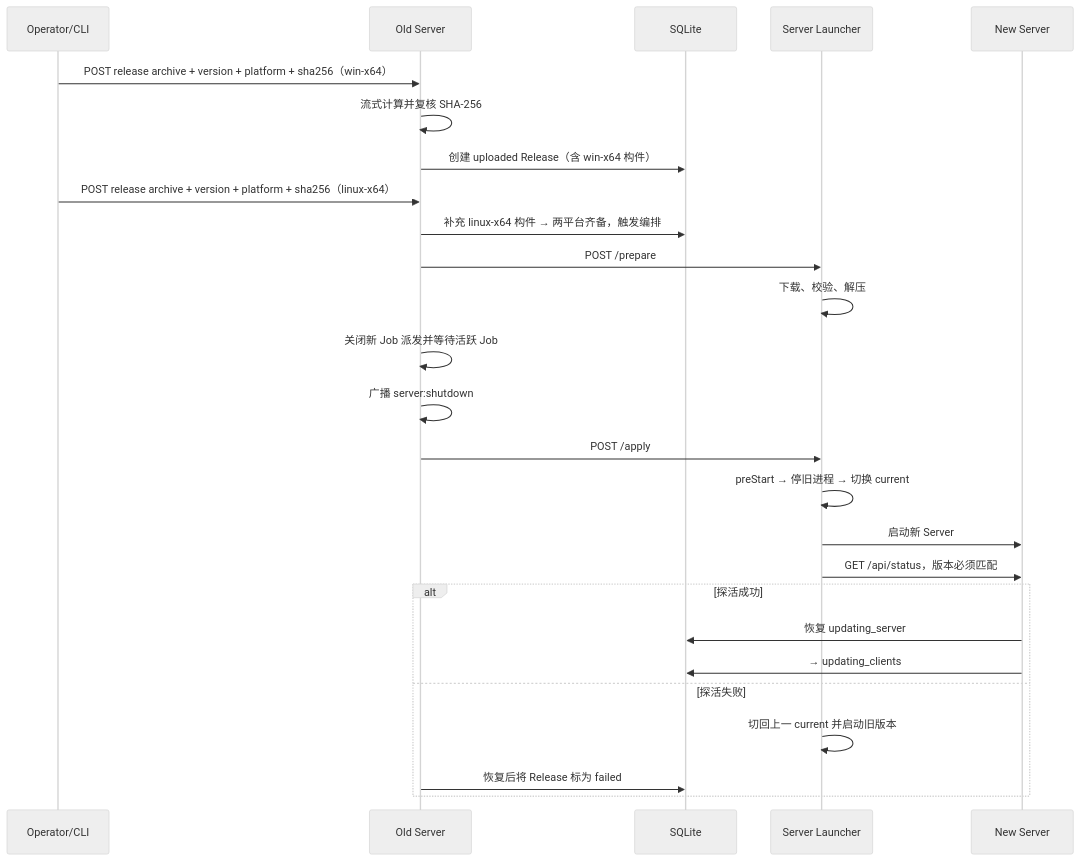
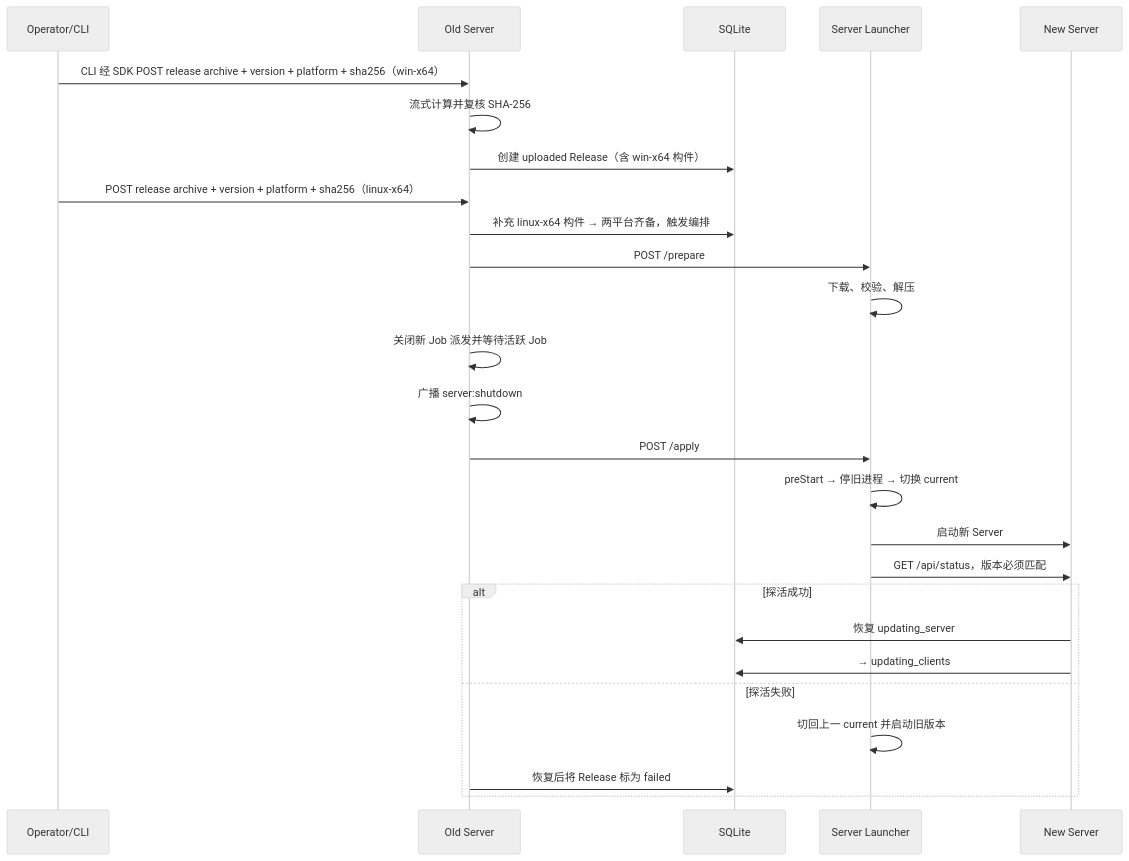
Before and after one commit to xuzhen97/VCPDeck: the second of 3 diagrams in docs/design/release-and-update.md, drawn with Mermaid (neutral theme). The commit also changed other lines of this file and 38 other files, not shown here.

First line of the commit message:
feat(cli): CLI 多环境配置并将认证与 Release 上传下沉到 SDK

````diff
--- a/docs/design/release-and-update.md
+++ b/docs/design/release-and-update.md
@@ -168,29 +168,29 @@
 ```mermaid
 sequenceDiagram
     participant O as Operator/CLI
     participant S as Old Server
     participant DB as SQLite
     participant L as Server Launcher
     participant N as New Server
 
-    O->>S: POST release archive + version + platform + sha256（win-x64）
+    O->>S: CLI 经 SDK POST release archive + version + platform + sha256（win-x64）
     S->>S: 流式计算并复核 SHA-256
     S->>DB: 创建 uploaded Release（含 win-x64 构件）
     O->>S: POST release archive + version + platform + sha256（linux-x64）
     S->>DB: 补充 linux-x64 构件 → 两平台齐备，触发编排
     S->>L: POST /prepare
     L->>L: 下载、校验、解压
     S->>S: 关闭新 Job 派发并等待活跃 Job
     S->>S: 广播 server:shutdown
     S->>L: POST /apply
     L->>L: preStart → 停旧进程 → 切换 current
     L->>N: 启动新 Server
     L->>N: GET /api/status，版本必须匹配
     alt 探活成功
         N->>DB: 恢复 updating_server
         N->>DB: → updating_clients
     else 探活失败
         L->>L: 切回上一 current 并启动旧版本
         S->>DB: 恢复后将 Release 标为 failed
     end
 ```
````
